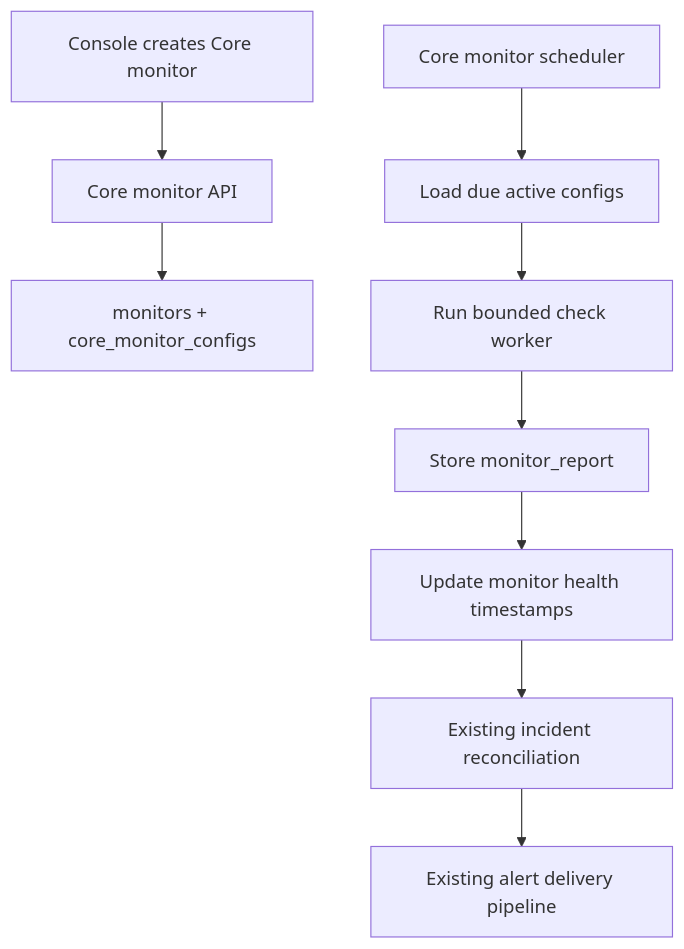
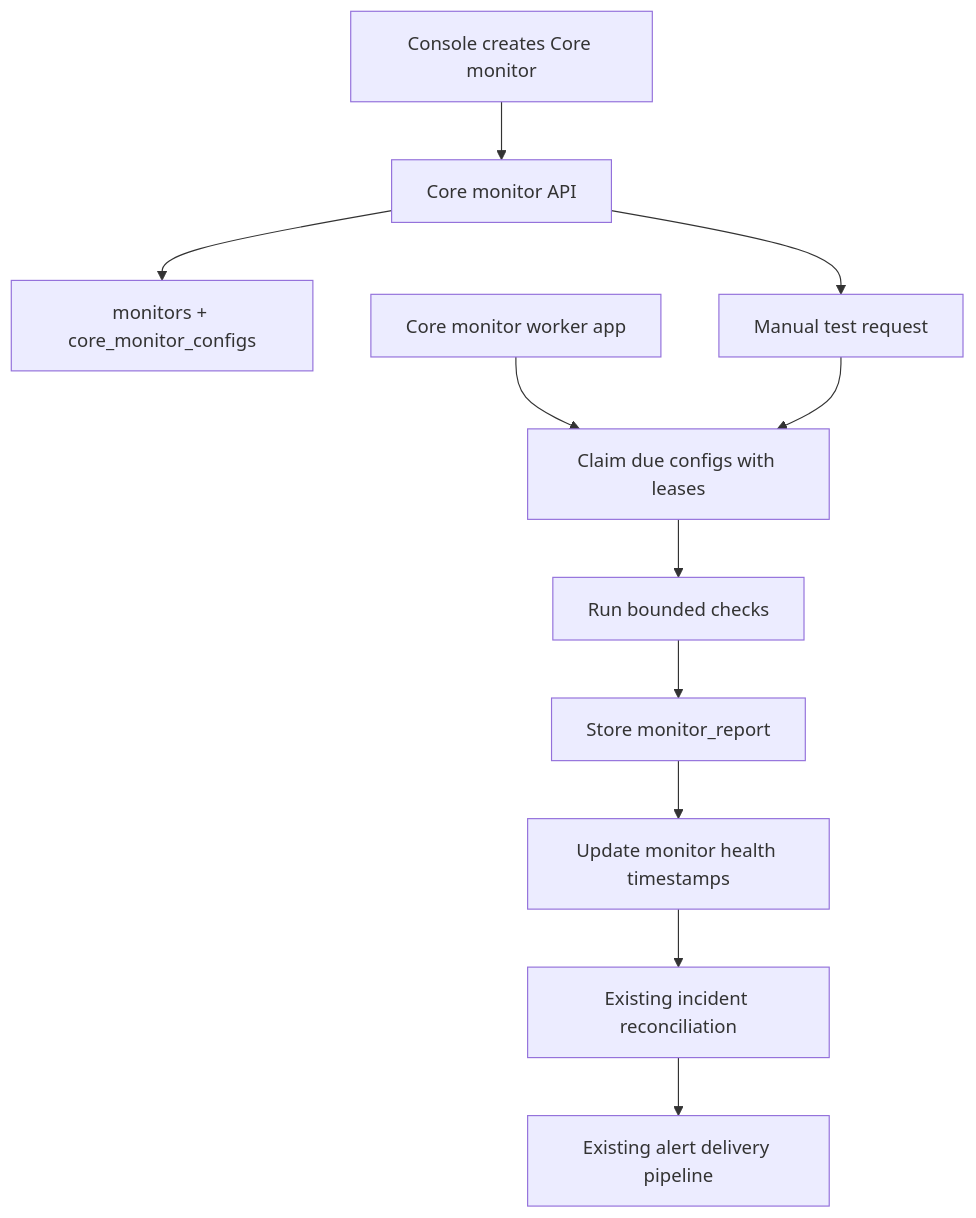
Before and after one commit to sunday-studio/orion: the diagram in docs/plans/core-managed-monitors.md, drawn with Mermaid. The commit also changed other lines of this file, not shown here.

First line of the commit message:
docs(core): split monitor worker plan

````diff
--- a/docs/plans/core-managed-monitors.md
+++ b/docs/plans/core-managed-monitors.md
@@ -245,11 +349,13 @@
 ```mermaid
 flowchart TD
   Console["Console creates Core monitor"] --> API["Core monitor API"]
   API --> DB["monitors + core_monitor_configs"]
-  Scheduler["Core monitor scheduler"] --> Due["Load due active configs"]
-  Due --> Worker["Run bounded check worker"]
-  Worker --> Report["Store monitor_report"]
+  WorkerApp["Core monitor worker app"] --> Claim["Claim due configs with leases"]
+  Claim --> Check["Run bounded checks"]
+  Check --> Report["Store monitor_report"]
   Report --> State["Update monitor health timestamps"]
   State --> Incident["Existing incident reconciliation"]
   Incident --> Alerts["Existing alert delivery pipeline"]
+  API --> Manual["Manual test request"]
+  Manual --> Claim
 ```
````
